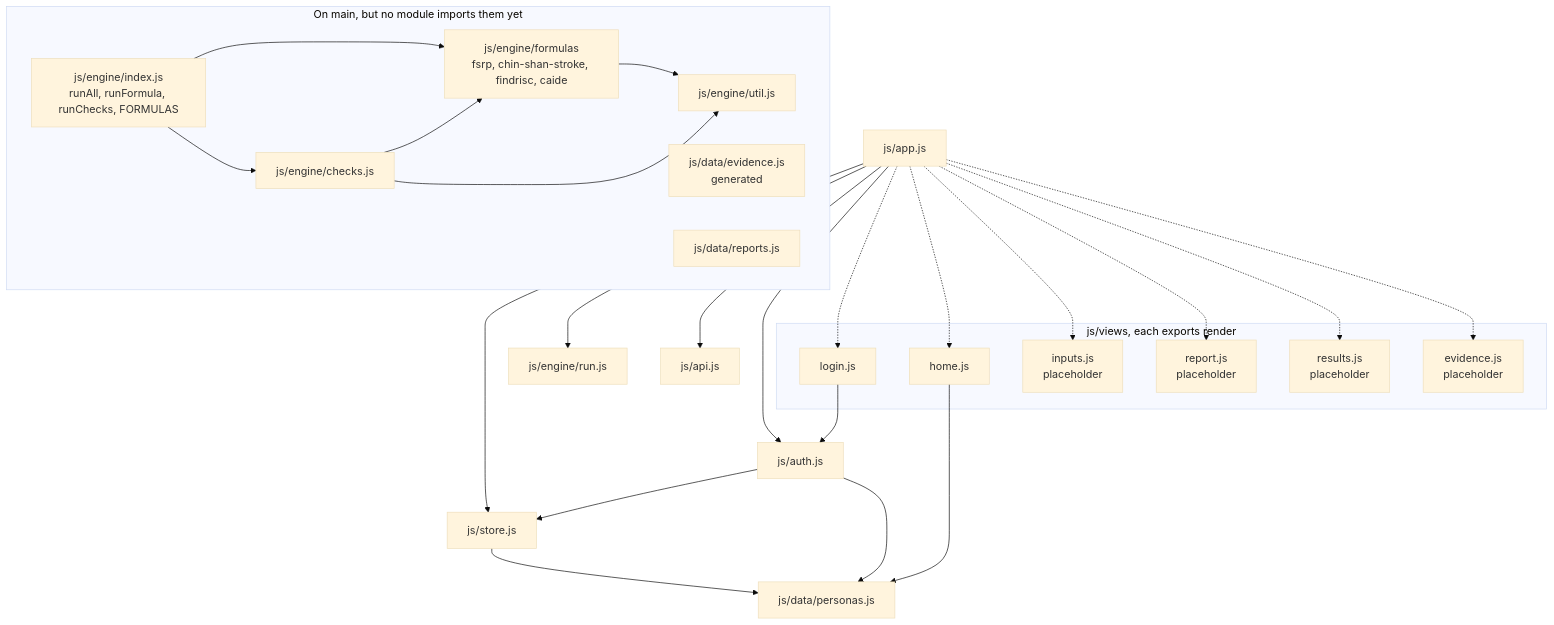
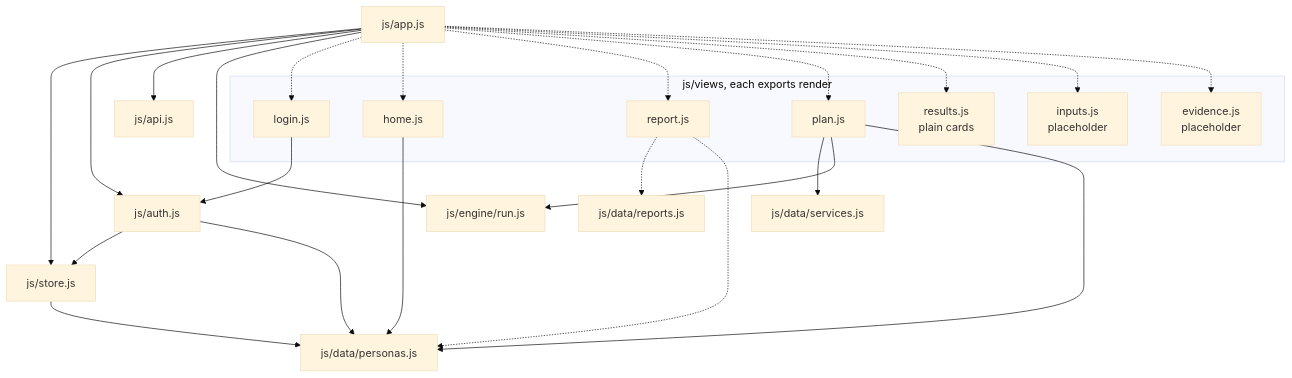
Before and after one commit to tingwei161803/unify-risk: the third of 7 diagrams in docs/architecture.md, drawn with Mermaid (base theme). The commit also changed other lines of this file and 1 other file, not shown here.

First line of the commit message:
Refresh the architecture overview to match main

````diff
--- a/docs/architecture.md
+++ b/docs/architecture.md
@@ -87,51 +106,45 @@
 ```mermaid
 flowchart TD
     APP["js/app.js"]
     STORE["js/store.js"]
     AUTH["js/auth.js"]
     APIJS["js/api.js"]
     RUN["js/engine/run.js"]
     PERSONAS["js/data/personas.js"]
+    REPORTS["js/data/reports.js"]
+    SERVICES["js/data/services.js"]
 
     subgraph VIEWS["js/views, each exports render"]
         LOGIN["login.js"]
         HOME["home.js"]
+        REPORT["report.js"]
+        PLAN["plan.js"]
+        RESULTS["results.js<br/>plain cards"]
         INPUTS["inputs.js<br/>placeholder"]
-        REPORT["report.js<br/>placeholder"]
-        RESULTS["results.js<br/>placeholder"]
         EVVIEW["evidence.js<br/>placeholder"]
     end
 
     APP --> STORE
+    APP --> AUTH
+    APP --> APIJS
     APP --> RUN
-    APP --> APIJS
-    APP --> AUTH
     AUTH --> STORE
     AUTH --> PERSONAS
     STORE --> PERSONAS
 
     APP -.-> LOGIN
     APP -.-> HOME
+    APP -.-> REPORT
+    APP -.-> PLAN
+    APP -.-> RESULTS
     APP -.-> INPUTS
-    APP -.-> REPORT
-    APP -.-> RESULTS
     APP -.-> EVVIEW
 
     LOGIN --> AUTH
     HOME --> PERSONAS
-
-    subgraph UNWIRED["On main, but no module imports them yet"]
-        INDEX["js/engine/index.js<br/>runAll, runFormula, runChecks, FORMULAS"]
-        FORMULAS["js/engine/formulas<br/>fsrp, chin-shan-stroke, findrisc, caide"]
-        CHECKS["js/engine/checks.js"]
-        UTIL["js/engine/util.js"]
-        EVIDENCE["js/data/evidence.js<br/>generated"]
-        REPORTS["js/data/reports.js"]
-    end
-
-    INDEX --> FORMULAS
-    INDEX --> CHECKS
-    CHECKS --> FORMULAS
-    CHECKS --> UTIL
-    FORMULAS --> UTIL
+    PLAN --> SERVICES
+    PLAN --> RUN
+    PLAN --> PERSONAS
+    REPORT -.-> REPORTS
+    REPORT -.-> PERSONAS
 ```
````
